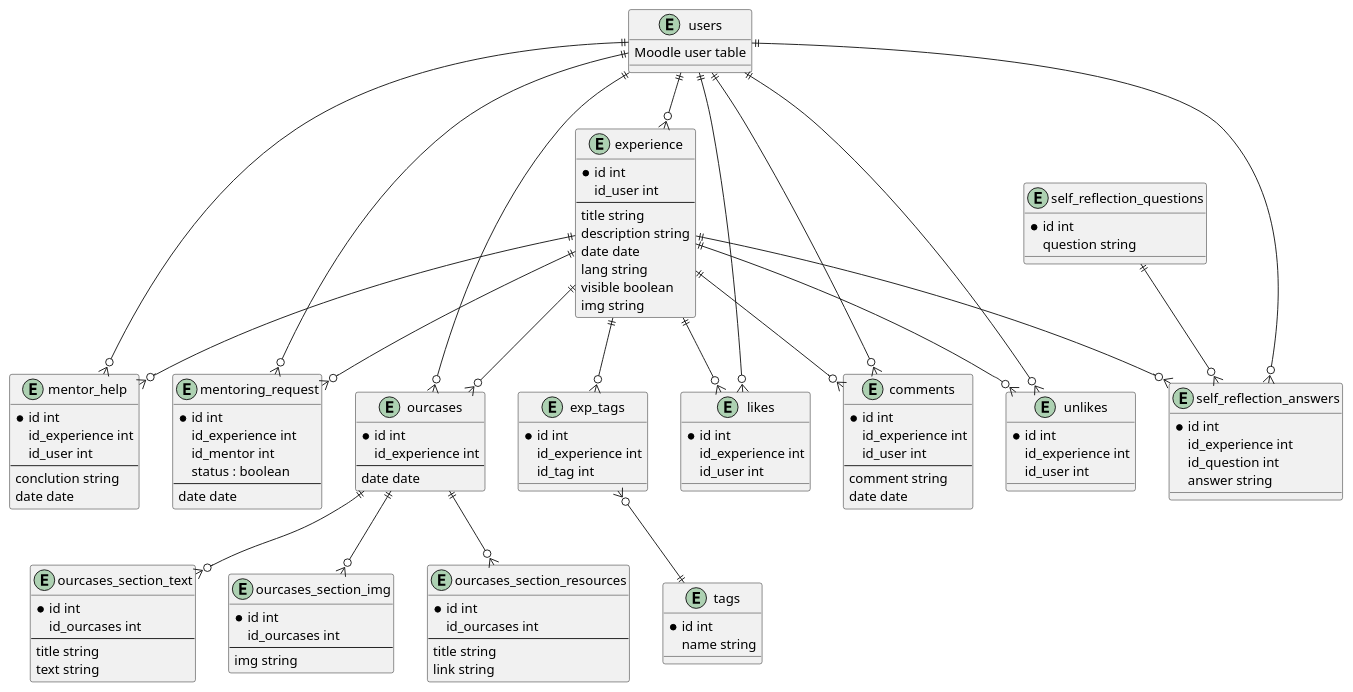
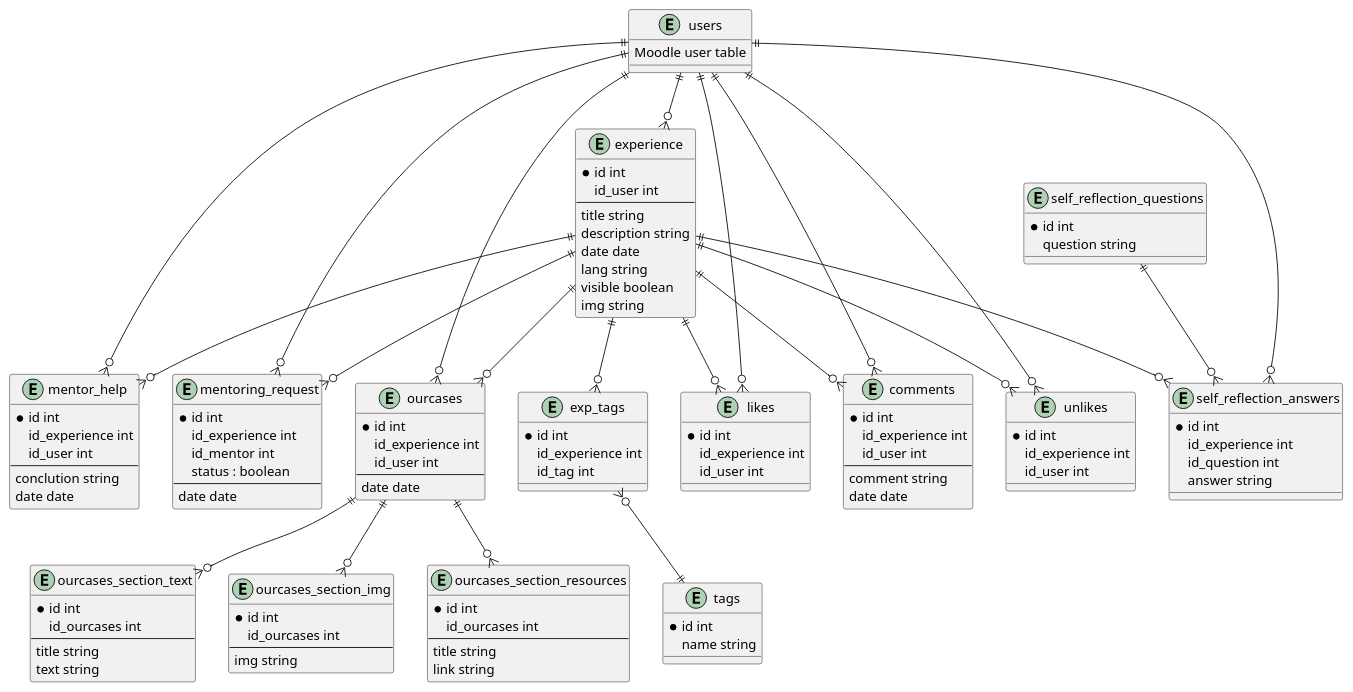
Before and after one commit to hector-ae21/moodle-local_digitalta: the diagram in docs/IE-ER.puml, drawn with PlantUML. The commit also changed 8 other files, not shown here.

```diff
--- a/docs/IE-ER.puml
+++ b/docs/IE-ER.puml
@@ -1,145 +1,146 @@
 @startuml IE-ER-v1
 
 ' Type	Symbol
 ' Zero or One	|o--
 ' Exactly One	||--
 ' Zero or Many	}o--
 ' One or Many	}|--
 
 
 entity experience{
    * id int
    id_user int    
    --
    title string 
    description string
    date date
    lang string
    visible boolean
    img string
 }
 
 entity exp_tags{
    * id int
    id_experience int
    id_tag int
 }
 
 entity tags{
    * id int
    name string
 }
 
 entity users{
    Moodle user table
 }
 
 
 entity likes {
    * id int
    id_experience int
    id_user int
 }
 
 entity comments {
    * id int
    id_experience int
    id_user int
    --
    comment string
    date date
 }
 
 entity unlikes {
    * id int
    id_experience int
    id_user int
 }
 
 entity self_reflection_questions{
    * id int
    question string
 }
 
 entity self_reflection_answers{
    * id int
    id_experience int
    id_question int
    answer string
 }
 
 entity mentor_help{
     * id int
     id_experience int
     id_user int
     --
     conclution string
     date date
 }
 
 entity mentoring_request{
     * id int
     id_experience int
     id_mentor int
     status : boolean
     --
     date date
 }
 
 
 entity ourcases {
     * id int
     id_experience int
+    id_user int
     --
     date date
 }
 
 entity ourcases_section_text {
     * id int
     id_ourcases int
     --
     title string
     text string
 }
 
 entity ourcases_section_img {
     * id int
     id_ourcases int
     --
     img string
 }
 
 entity ourcases_section_resources {
     * id int
     id_ourcases int
     --
     title string
     link string
 }
 
 
 
 experience ||--o{ exp_tags
 exp_tags }o--|| tags
 experience ||--o{ likes
 experience ||--o{ comments
 experience ||--o{ unlikes
 experience ||--o{ self_reflection_answers
 experience ||--o{ mentor_help
 experience ||--o{ mentoring_request
 experience ||--o{ ourcases
 ourcases ||--o{ ourcases_section_text
 ourcases ||--o{ ourcases_section_img
 ourcases ||--o{ ourcases_section_resources
 self_reflection_questions ||--o{ self_reflection_answers
 users ||--o{ experience
 users ||--o{ likes
 users ||--o{ comments
 users ||--o{ unlikes
 users ||--o{ mentor_help
 users ||--o{ mentoring_request
 users ||--o{ ourcases
 users ||--o{ self_reflection_answers
 
 
 @enduml
```
